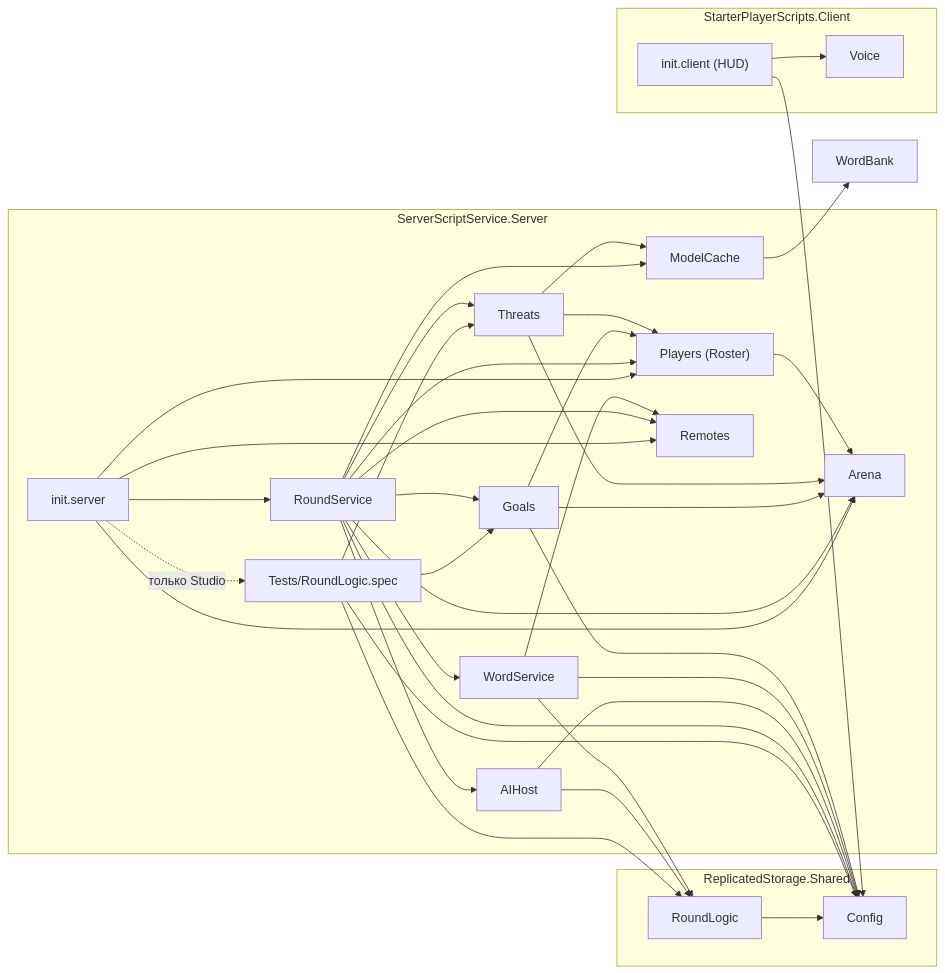
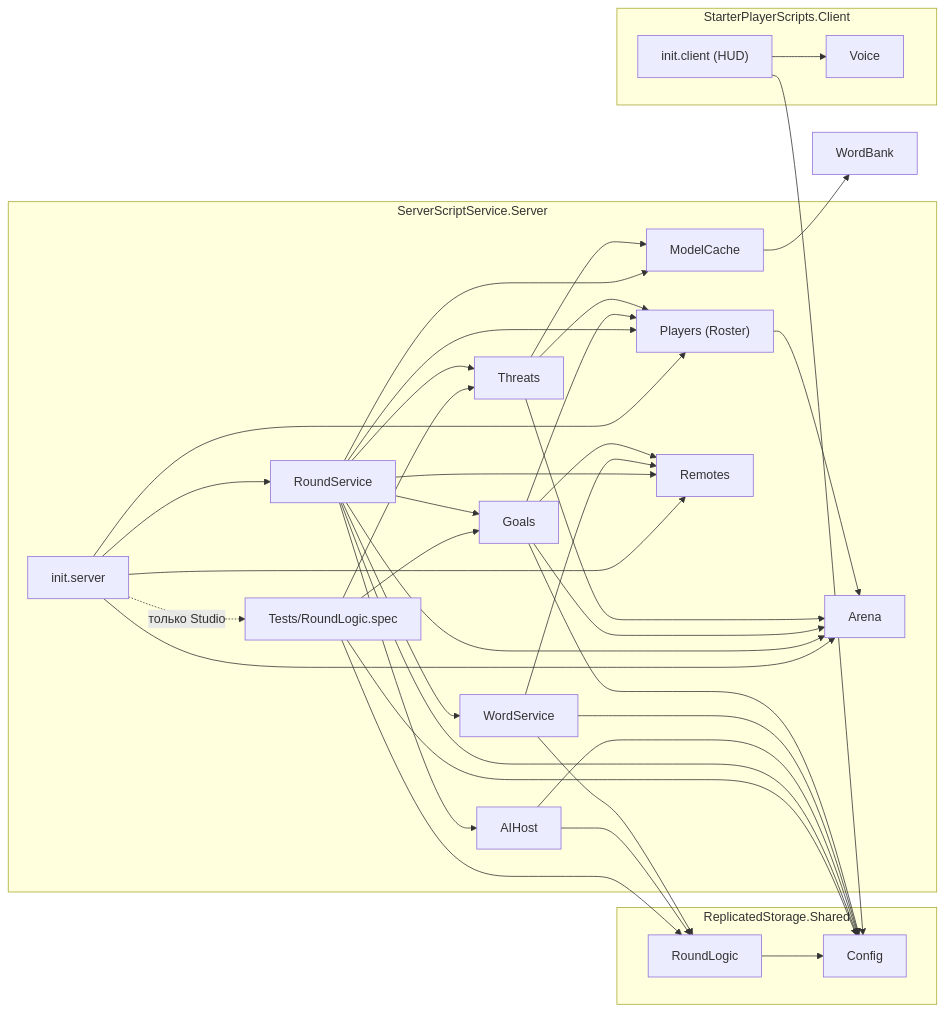
Before and after one commit to HageZERO2/AI-SAYS: the first of 3 diagrams in docs/GRAPH.md, drawn with Mermaid. The commit also changed other lines of this file and 6 other files, not shown here.

````diff
--- a/docs/GRAPH.md
+++ b/docs/GRAPH.md
@@ -7,37 +7,37 @@
 ```mermaid
 graph LR
   subgraph Shared["ReplicatedStorage.Shared"]
     Config
     RoundLogic
   end
   subgraph Server["ServerScriptService.Server"]
     init["init.server"]
     Spec["Tests/RoundLogic.spec"]
     RoundService
     AIHost
     Goals
     Threats
     Players["Players (Roster)"]
     Arena
     WordService
     ModelCache
     Remotes
   end
   subgraph Client["StarterPlayerScripts.Client"]
     initc["init.client (HUD)"]
     Voice
   end
 
   init --> Remotes & Arena & Players & RoundService
   init -. только Studio .-> Spec
   Spec --> RoundLogic & Config & Goals & Threats
   RoundService --> AIHost & Goals & Threats & Players & Arena & WordService & ModelCache & Remotes & Config
   AIHost --> RoundLogic & Config
   WordService --> RoundLogic & Config & Remotes
-  Goals --> Arena & Players & Config
+  Goals --> Arena & Players & Config & Remotes
   Threats --> Arena & Players & ModelCache
   ModelCache --> WordBank
   Players --> Arena
   RoundLogic --> Config
   initc --> Voice & Config
 ```
````
